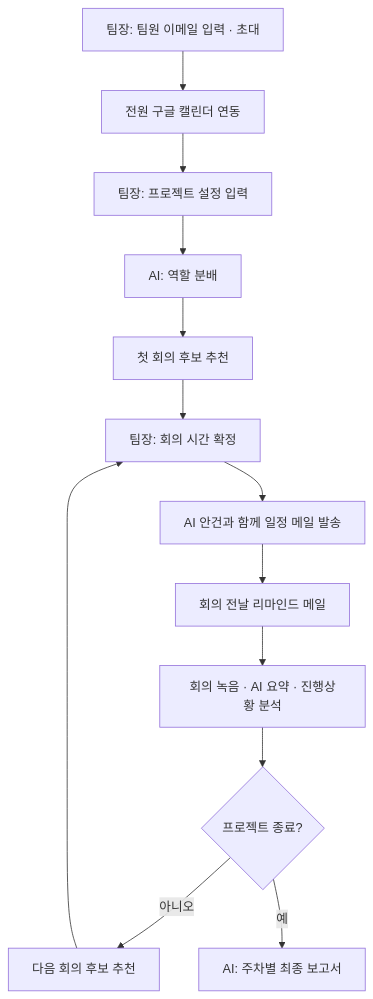
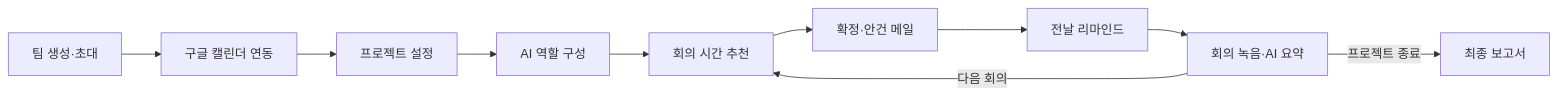
One commit to nxtcloud-edu/2026-kmuct-kt-team09 changed the first of 2 diagrams in README.md. Above: the diagram before and after it, drawn with Mermaid. The commit also changed other lines of this file, not shown here.

````diff
--- a/README.md
+++ b/README.md
@@ -29,14 +50,12 @@
 ```mermaid
-flowchart TD
-    A[팀장: 팀원 이메일 입력 · 초대] --> B[전원 구글 캘린더 연동]
-    B --> C[팀장: 프로젝트 설정 입력]
-    C --> D[AI: 역할 분배]
-    D --> E[첫 회의 후보 추천]
-    E --> F[팀장: 회의 시간 확정]
-    F --> G[AI 안건과 함께 일정 메일 발송]
-    G --> H[회의 전날 리마인드 메일]
-    H --> I[회의 녹음 · AI 요약 · 진행상황 분석]
-    I --> J{프로젝트 종료?}
-    J -- 아니오 --> K[다음 회의 후보 추천] --> F
-    J -- 예 --> L[AI: 주차별 최종 보고서]
+flowchart LR
+    A[팀 생성·초대] --> B[구글 캘린더 연동]
+    B --> C[프로젝트 설정]
+    C --> D[AI 역할 구성]
+    D --> E[회의 시간 추천]
+    E --> F[확정·안건 메일]
+    F --> G[전날 리마인드]
+    G --> H[회의 녹음·AI 요약]
+    H -->|다음 회의| E
+    H -->|프로젝트 종료| I[최종 보고서]
 ```
````
